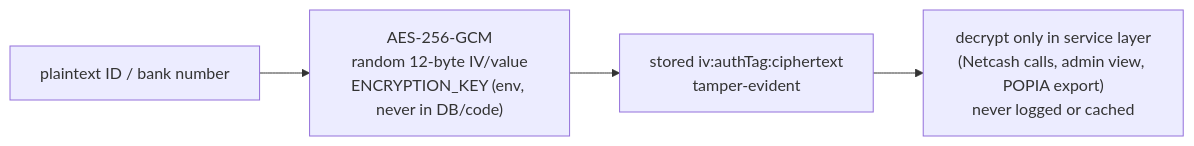
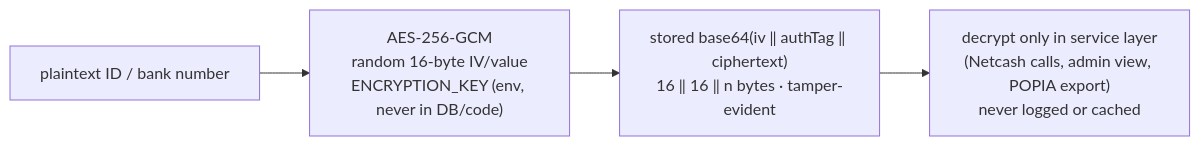
Before and after one commit to KSDRILL-SA/Xkimi-Xa-Mali: the second of 3 diagrams in docs/security/01-security-architecture.md, drawn with Mermaid. The commit also changed 40 other files, not shown here.

````diff
--- a/docs/security/01-security-architecture.md
+++ b/docs/security/01-security-architecture.md
@@ -40,6 +40,6 @@
 ```mermaid
 flowchart LR
-    PT["plaintext ID / bank number"] --> ENC["AES-256-GCM<br/>random 12-byte IV/value<br/>ENCRYPTION_KEY (env, never in DB/code)"]
-    ENC --> DB["stored iv:authTag:ciphertext<br/>tamper-evident"]
+    PT["plaintext ID / bank number"] --> ENC["AES-256-GCM<br/>random 16-byte IV/value<br/>ENCRYPTION_KEY (env, never in DB/code)"]
+    ENC --> DB["stored base64(iv ‖ authTag ‖ ciphertext)<br/>16 ‖ 16 ‖ n bytes · tamper-evident"]
     DB --> DEC["decrypt only in service layer<br/>(Netcash calls, admin view, POPIA export)<br/>never logged or cached"]
 ```
````
